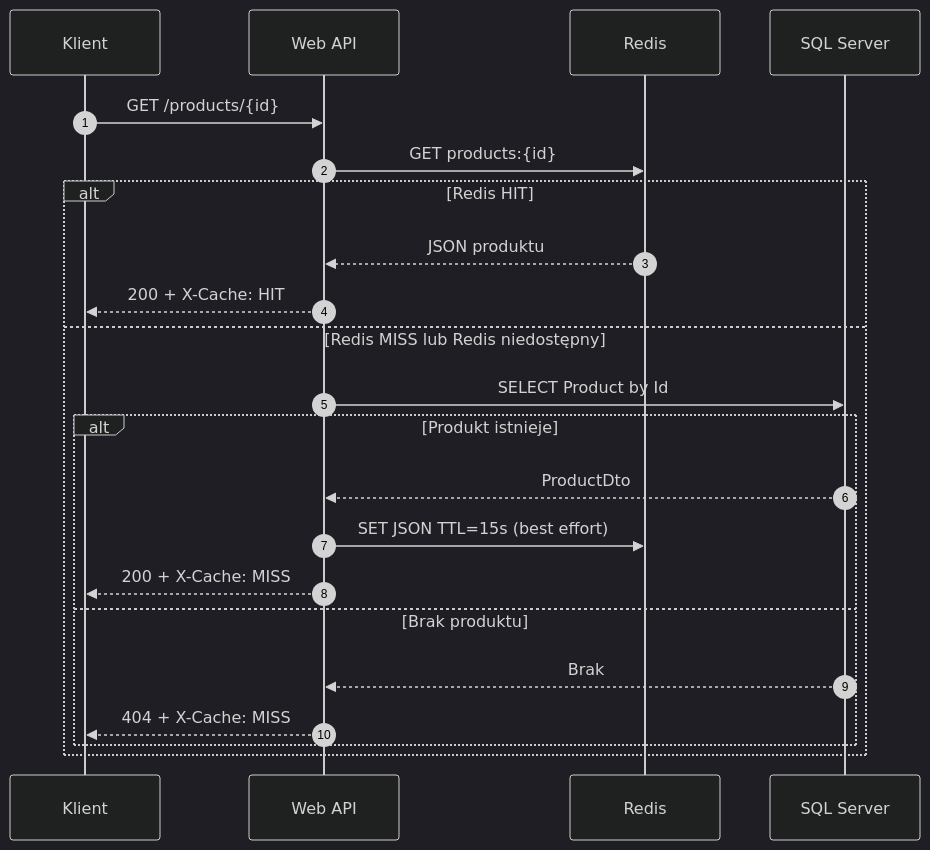
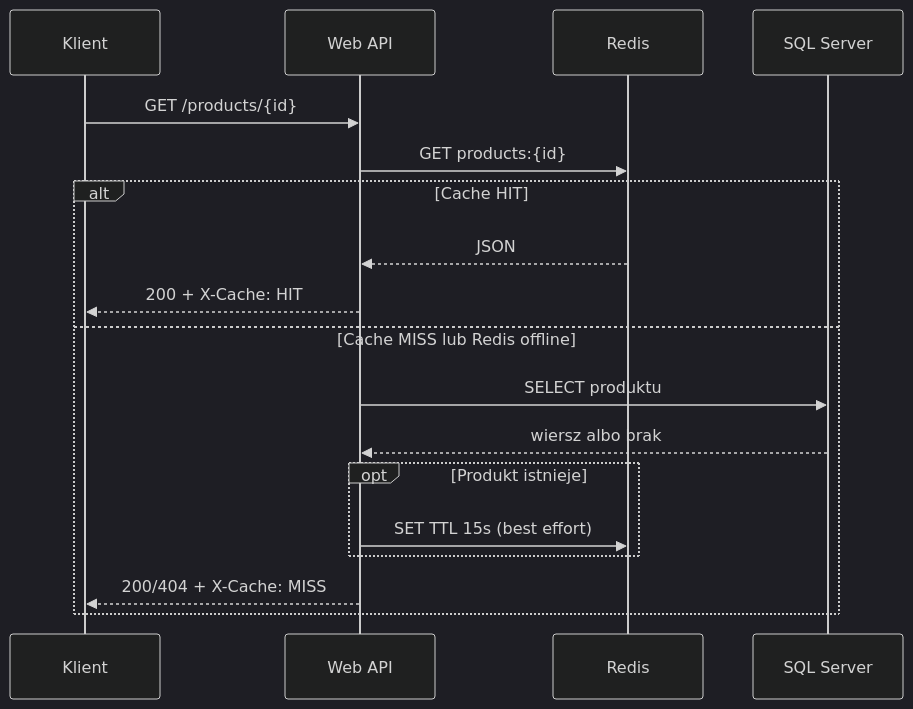
Before and after one commit to marcinpytlik/WWSI_CSharp: the third of 3 diagrams in demonstracje/66_WebApiRabbitRedisSql/README.md, drawn with Mermaid (dark theme). The commit also changed other lines of this file and 19 other files, not shown here.

````diff
--- a/demonstracje/66_WebApiRabbitRedisSql/README.md
+++ b/demonstracje/66_WebApiRabbitRedisSql/README.md
@@ -77,24 +63,20 @@
 ```mermaid
 sequenceDiagram
-    autonumber
     participant C as Klient
     participant A as Web API
     participant R as Redis
     participant D as SQL Server
     C->>A: GET /products/{id}
     A->>R: GET products:{id}
-    alt Redis HIT
-        R-->>A: JSON produktu
+    alt Cache HIT
+        R-->>A: JSON
         A-->>C: 200 + X-Cache: HIT
-    else Redis MISS lub Redis niedostępny
-        A->>D: SELECT Product by Id
-        alt Produkt istnieje
-            D-->>A: ProductDto
-            A->>R: SET JSON TTL=15s (best effort)
-            A-->>C: 200 + X-Cache: MISS
-        else Brak produktu
-            D-->>A: Brak
-            A-->>C: 404 + X-Cache: MISS
+    else Cache MISS lub Redis offline
+        A->>D: SELECT produktu
+        D-->>A: wiersz albo brak
+        opt Produkt istnieje
+            A->>R: SET TTL 15s (best effort)
         end
+        A-->>C: 200/404 + X-Cache: MISS
     end
 ```
````
